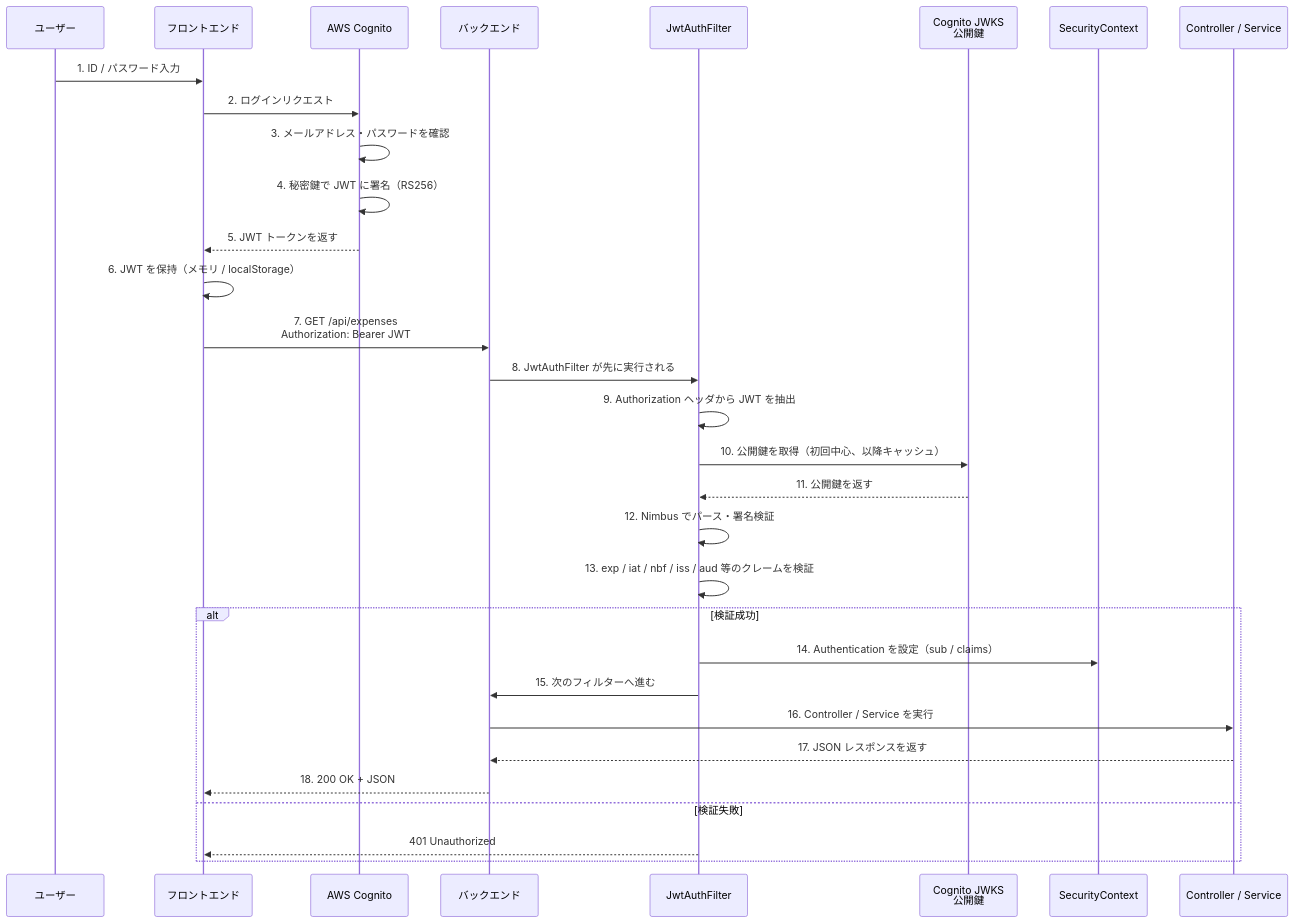
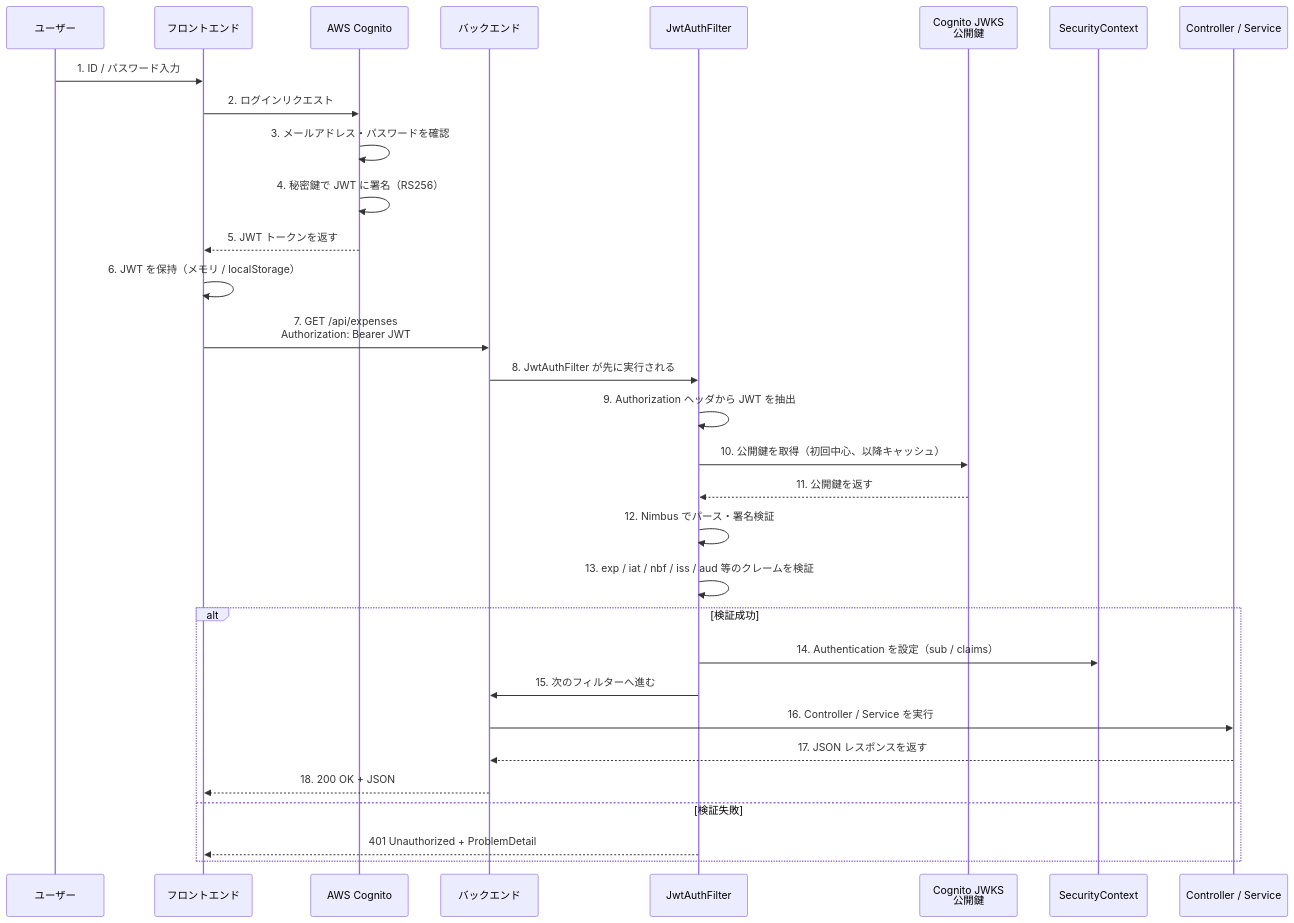
Before and after one commit to DRS22DownForce/SmartHouseholdAccountBook: the eighth of 9 diagrams in docs/backend/04-security.md, drawn with Mermaid. The commit also changed other lines of this file and 34 other files, not shown here.

````diff
--- a/docs/backend/04-security.md
+++ b/docs/backend/04-security.md
@@ -513,35 +513,35 @@
 ```mermaid
 sequenceDiagram
     participant User as ユーザー
     participant SPA as フロントエンド
     participant Cog as AWS Cognito
     participant API as バックエンド
     participant Filter as JwtAuthFilter
     participant JWKS as Cognito JWKS<br/>公開鍵
     participant Ctx as SecurityContext
     participant Controller as Controller / Service
 
     User->>SPA: 1. ID / パスワード入力
     SPA->>Cog: 2. ログインリクエスト
     Cog->>Cog: 3. メールアドレス・パスワードを確認
     Cog->>Cog: 4. 秘密鍵で JWT に署名（RS256）
     Cog-->>SPA: 5. JWT トークンを返す
     SPA->>SPA: 6. JWT を保持（メモリ / localStorage）
 
     SPA->>API: 7. GET /api/expenses<br/>Authorization: Bearer JWT
     API->>Filter: 8. JwtAuthFilter が先に実行される
     Filter->>Filter: 9. Authorization ヘッダから JWT を抽出
     Filter->>JWKS: 10. 公開鍵を取得（初回中心、以降キャッシュ）
     JWKS-->>Filter: 11. 公開鍵を返す
     Filter->>Filter: 12. Nimbus でパース・署名検証
     Filter->>Filter: 13. exp / iat / nbf / iss / aud 等のクレームを検証
     alt 検証成功
         Filter->>Ctx: 14. Authentication を設定（sub / claims）
         Filter->>API: 15. 次のフィルターへ進む
         API->>Controller: 16. Controller / Service を実行
         Controller-->>API: 17. JSON レスポンスを返す
         API-->>SPA: 18. 200 OK + JSON
     else 検証失敗
-        Filter-->>SPA: 401 Unauthorized
+        Filter-->>SPA: 401 Unauthorized + ProblemDetail
     end
 ```
````
